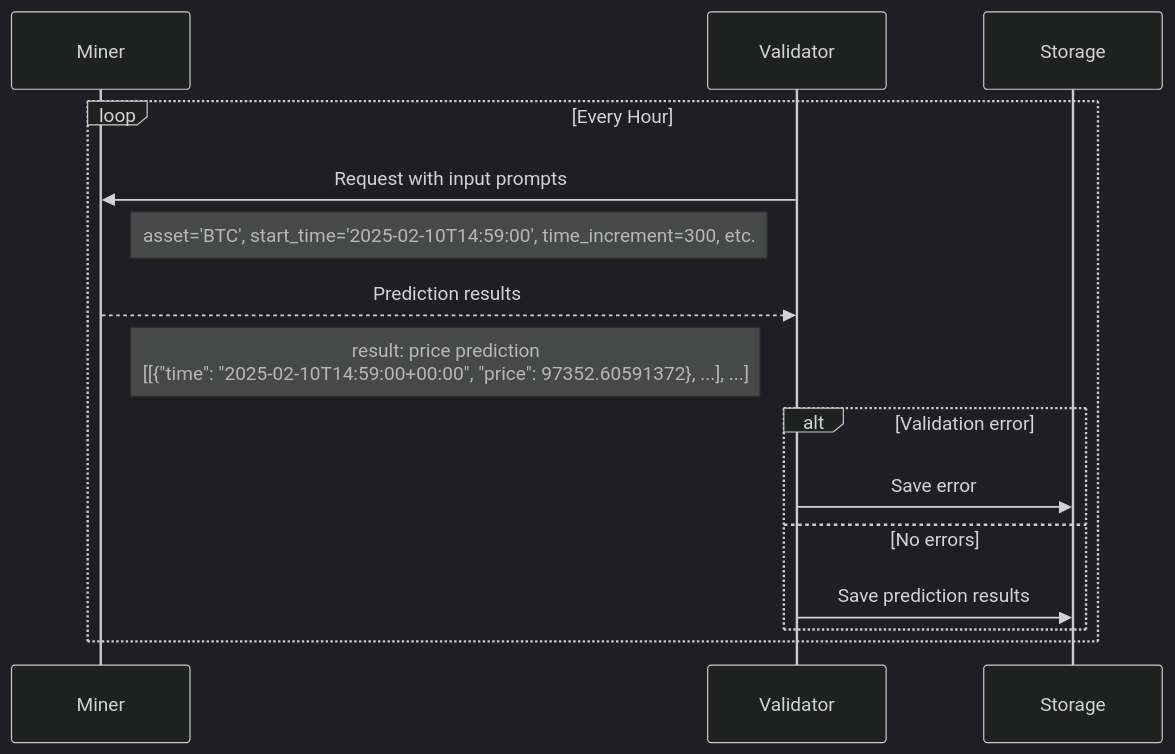
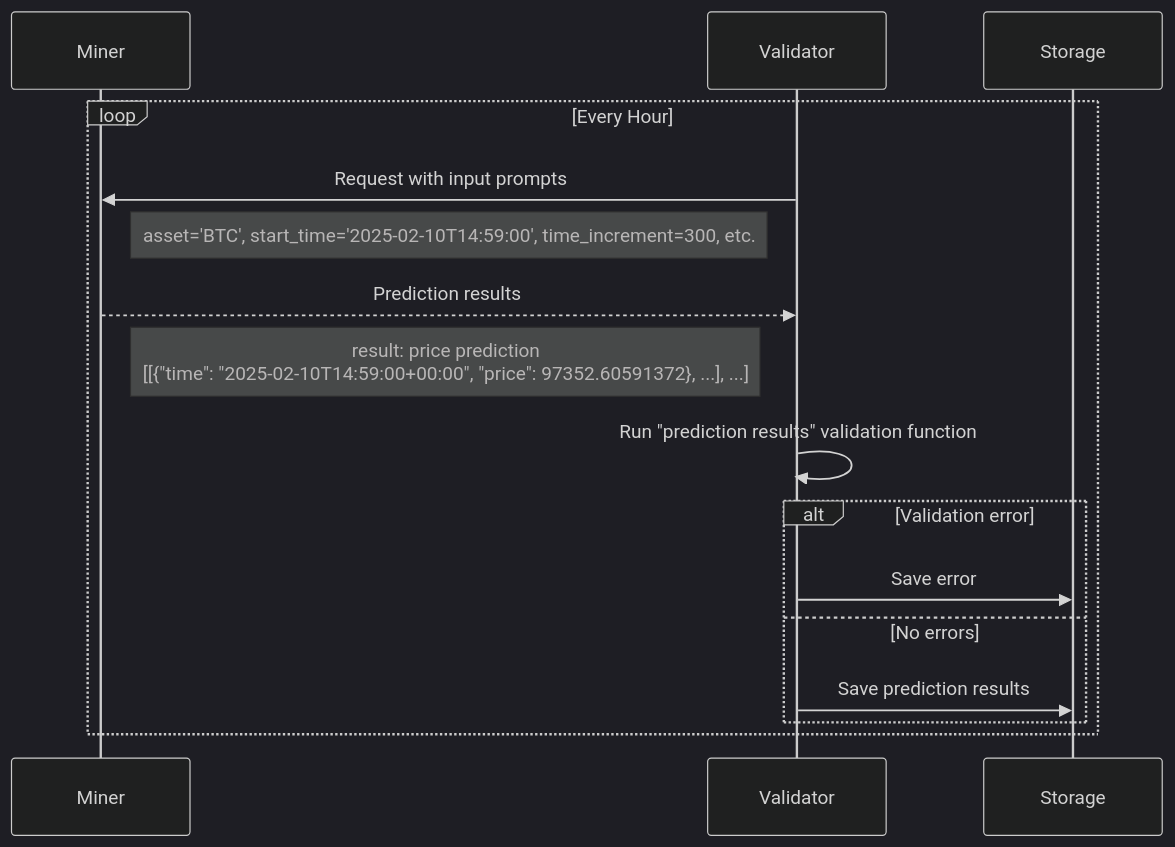
One commit to mode-network/synth-subnet changed the diagram in README.md. Above: the diagram before and after it, drawn with Mermaid (dark theme).

Commit message:
updated note

````diff
--- a/README.md
+++ b/README.md
@@ -77,20 +77,22 @@
 ```mermaid
 sequenceDiagram
     participant Miner
     participant Validator
     participant Storage
 
     loop Every Hour
         Validator->>Miner: Request with input prompts
         note left of Validator: asset='BTC', start_time='2025-02-10T14:59:00', time_increment=300, etc.
         
         Miner-->>Validator: Prediction results
         note right of Miner: result: price prediction <br/> [[{"time": "2025-02-10T14:59:00+00:00", "price": 97352.60591372}, ...], ...]
+        
+        Validator->>Validator: Run "prediction results" validation function
 
         alt Validation error
             Validator->>Storage: Save error
         else No errors
             Validator->>Storage: Save prediction results
         end
     end
 ```
````
